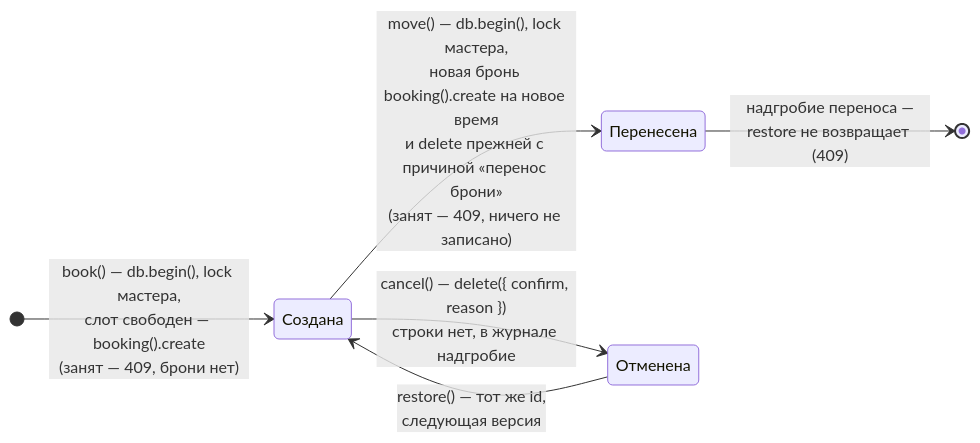
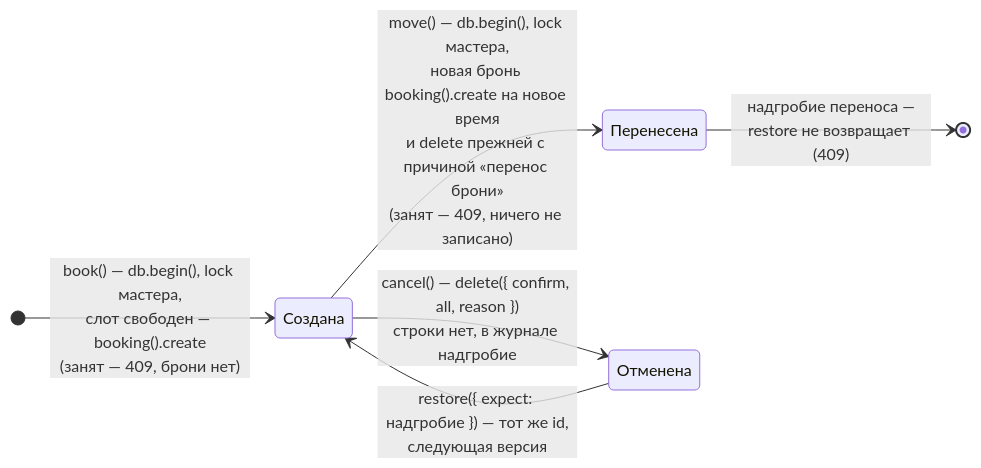
One commit to alepri51/letopis changed the third of 3 diagrams in guide/pages/services/salon.md. Above: the diagram before and after it, drawn with Mermaid. The commit also changed other lines of this file and 27 other files, not shown here.

````diff
--- a/guide/pages/services/salon.md
+++ b/guide/pages/services/salon.md
@@ -184,9 +184,9 @@
 ```mermaid
 stateDiagram-v2
   direction LR
   [*] --> Создана: book() — db.begin(), lock мастера,<br/>слот свободен — booking().create<br/>(занят — 409, брони нет)
   Создана --> Перенесена: move() — db.begin(), lock мастера,<br/>новая бронь booking().create на новое время<br/>и delete прежней с причиной «перенос брони»<br/>(занят — 409, ничего не записано)
-  Создана --> Отменена: cancel() — delete({ confirm, reason })<br/>строки нет, в журнале надгробие
-  Отменена --> Создана: restore() — тот же id,<br/>следующая версия
+  Создана --> Отменена: cancel() — delete({ confirm, all, reason })<br/>строки нет, в журнале надгробие
+  Отменена --> Создана: restore({ expect: надгробие }) — тот же id,<br/>следующая версия
   Перенесена --> [*]: надгробие переноса —<br/>restore не возвращает (409)
 ```
````
